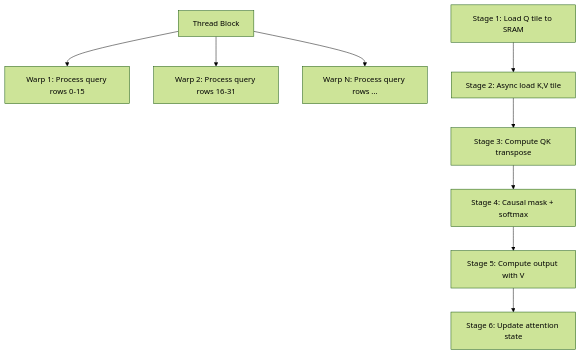
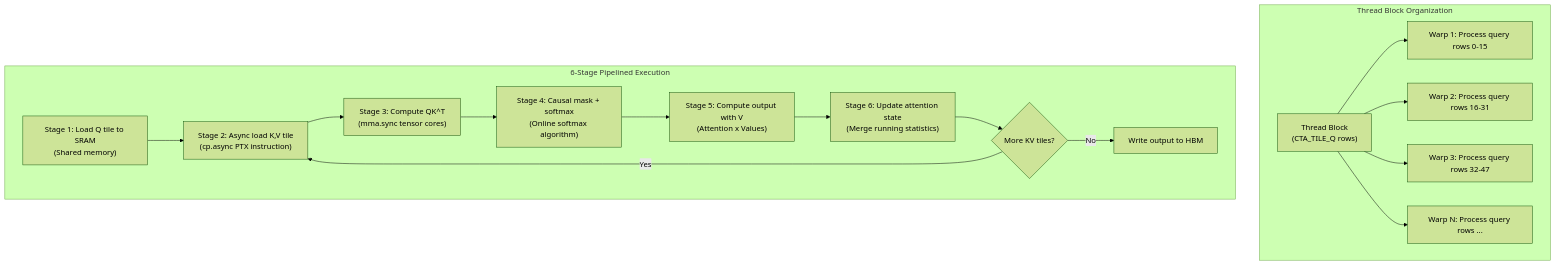
Before and after one commit to Shahriarin2garden/vllm_from_scratch: diagram 11 of 37 in lab0.2/README.md, drawn with Mermaid (forest theme). The commit also changed other lines of this file, not shown here.

Commit message:
Refactor diagrams in README.md for improved clarity and detail

````diff
--- a/lab0.2/README.md
+++ b/lab0.2/README.md
@@ -341,12 +353,21 @@
 ```mermaid
 graph TD
-    TB[Thread Block] --> Warp1["Warp 1: Process query rows 0-15"]
-    TB --> Warp2["Warp 2: Process query rows 16-31"]
-    TB --> WarpN["Warp N: Process query rows ..."]
+    subgraph ThreadOrganization["Thread Block Organization"]
+        TB["Thread Block<br/>(CTA_TILE_Q rows)"]
+        TB --> Warp1["Warp 1: Process query rows 0-15"]
+        TB --> Warp2["Warp 2: Process query rows 16-31"]
+        TB --> Warp3["Warp 3: Process query rows 32-47"]
+        TB --> WarpN["Warp N: Process query rows ..."]
+    end
     
-    S1["Stage 1: Load Q tile to SRAM"] --> S2["Stage 2: Async load K,V tile"]
-    S2 --> S3["Stage 3: Compute QK transpose"]
-    S3 --> S4["Stage 4: Causal mask + softmax"]
-    S4 --> S5["Stage 5: Compute output with V"]
-    S5 --> S6["Stage 6: Update attention state"]
+    subgraph Pipeline["6-Stage Pipelined Execution"]
+        S1["Stage 1: Load Q tile to SRAM<br/>(Shared memory)"] --> S2["Stage 2: Async load K,V tile<br/>(cp.async PTX instruction)"]
+        S2 --> S3["Stage 3: Compute QK^T<br/>(mma.sync tensor cores)"]
+        S3 --> S4["Stage 4: Causal mask + softmax<br/>(Online softmax algorithm)"]
+        S4 --> S5["Stage 5: Compute output with V<br/>(Attention x Values)"]
+        S5 --> S6["Stage 6: Update attention state<br/>(Merge running statistics)"]
+        S6 --> NextTile{"More KV tiles?"}
+        NextTile -->|Yes| S2
+        NextTile -->|No| Done["Write output to HBM"]
+    end
 ```
````
